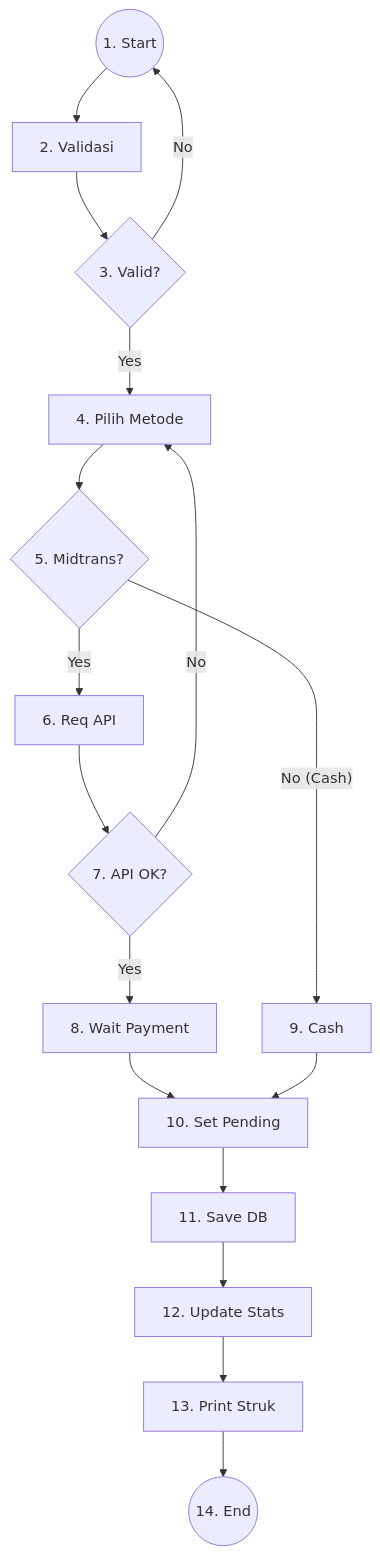
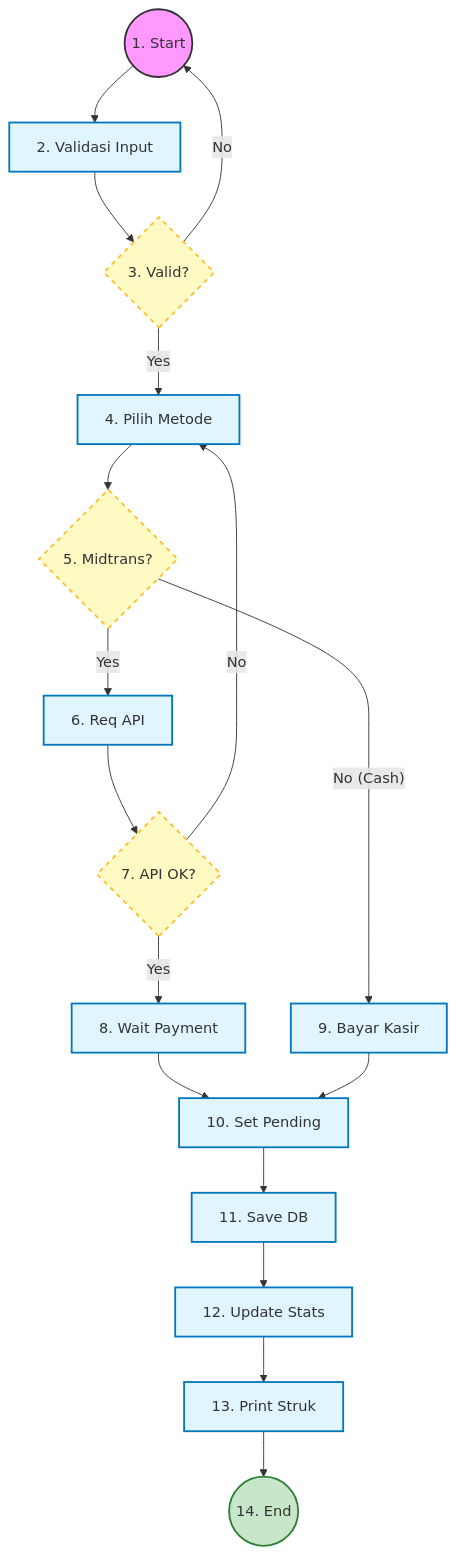
Before and after one commit to owel17/backend_restaurant: the third of 3 diagrams in LAPORAN_PRAKTIKUM_RPL.md, drawn with Mermaid. The commit also changed other lines of this file, not shown here.

Commit message:
Docs: Enhance Practicum Report with advanced Mermaid diagrams (Use Case, ERD, Flowgraph)

````diff
--- a/LAPORAN_PRAKTIKUM_RPL.md
+++ b/LAPORAN_PRAKTIKUM_RPL.md
@@ -139,22 +221,27 @@
 ```mermaid
 graph TD
-    1((1. Start)) --> 2[2. Validasi]
-    2 --> 3{3. Valid?}
+    classDef start fill:#f9f,stroke:#333,stroke-width:2px;
+    classDef proc fill:#e1f5fe,stroke:#0277bd,stroke-width:2px;
+    classDef decision fill:#fff9c4,stroke:#fbc02d,stroke-width:2px,stroke-dasharray: 5 5;
+    classDef endnode fill:#c8e6c9,stroke:#2e7d32,stroke-width:2px;
+
+    1((1. Start)):::start --> 2[2. Validasi Input]:::proc
+    2 --> 3{3. Valid?}:::decision
     3 -- No --> 1
-    3 -- Yes --> 4[4. Pilih Metode]
-    4 --> 5{5. Midtrans?}
+    3 -- Yes --> 4[4. Pilih Metode]:::proc
+    4 --> 5{5. Midtrans?}:::decision
     
-    5 -- Yes --> 6[6. Req API]
-    6 --> 7{7. API OK?}
+    5 -- Yes --> 6[6. Req API]:::proc
+    6 --> 7{7. API OK?}:::decision
     7 -- No --> 4
-    7 -- Yes --> 8[8. Wait Payment]
-    8 --> 10[10. Set Pending]
+    7 -- Yes --> 8[8. Wait Payment]:::proc
+    8 --> 10[10. Set Pending]:::proc
     
-    5 -- No (Cash) --> 9[9. Cash]
+    5 -- No (Cash) --> 9[9. Bayar Kasir]:::proc
     9 --> 10
     
-    10 --> 11[11. Save DB]
-    11 --> 12[12. Update Stats]
-    12 --> 13[13. Print Struk]
-    13 --> 14((14. End))
+    10 --> 11[11. Save DB]:::proc
+    11 --> 12[12. Update Stats]:::proc
+    12 --> 13[13. Print Struk]:::proc
+    13 --> 14((14. End)):::endnode
 ```
````
